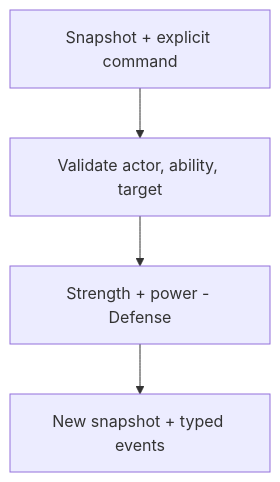
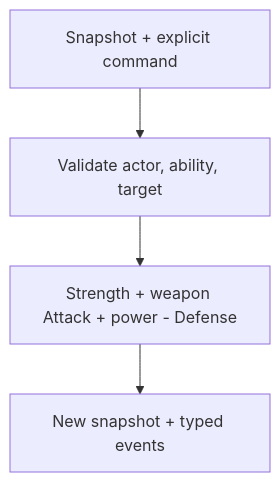
The sixth of 8 diagrams in ARCHITECTURE.md (do00ode/Job-rpg-game), drawn with Mermaid before and after one commit. The commit also changed other lines of this file and 27 other files, not shown here.

Commit message:
Add equipment ownership and weapon attack

````diff
--- a/ARCHITECTURE.md
+++ b/ARCHITECTURE.md
@@ -437,6 +437,6 @@
 ```mermaid
 flowchart TD
     Command["Snapshot + explicit command"] --> Validate["Validate actor, ability, target"]
-    Validate --> Resolve["Strength + power - Defense"]
+    Validate --> Resolve["Strength + weapon Attack + power - Defense"]
     Resolve --> Result["New snapshot + typed events"]
 ```
````
